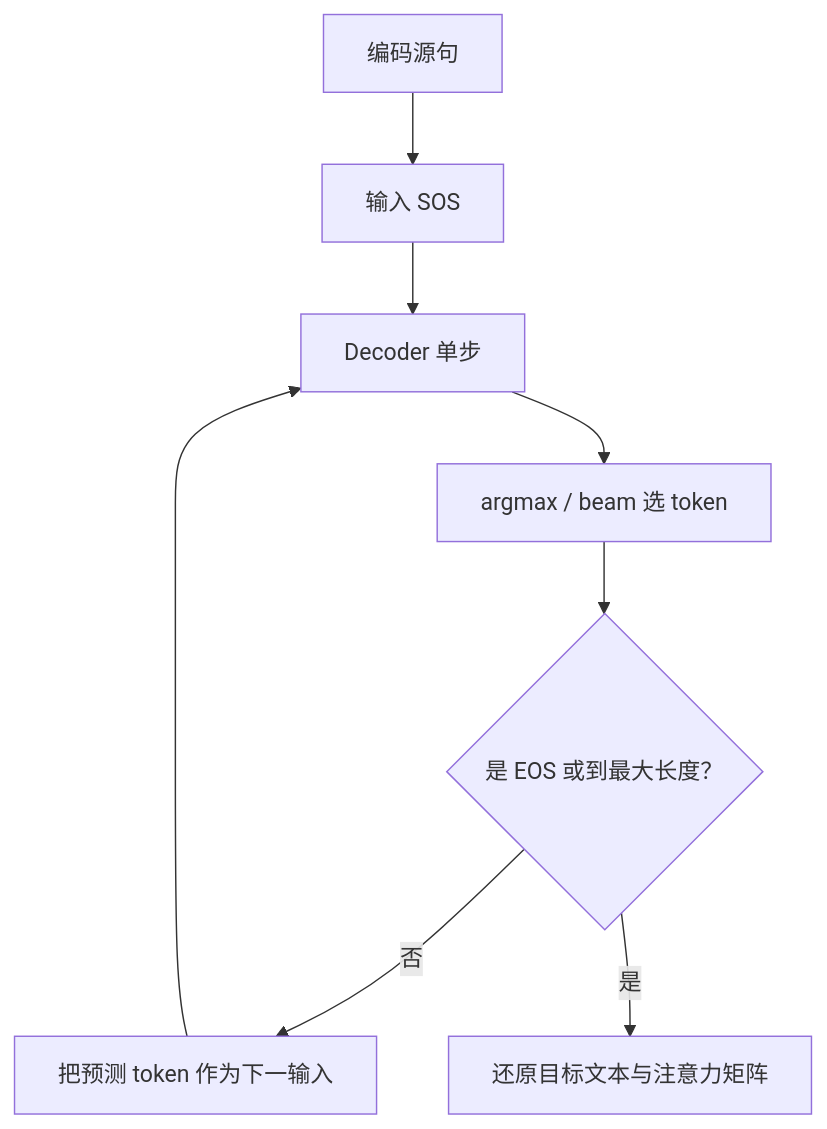
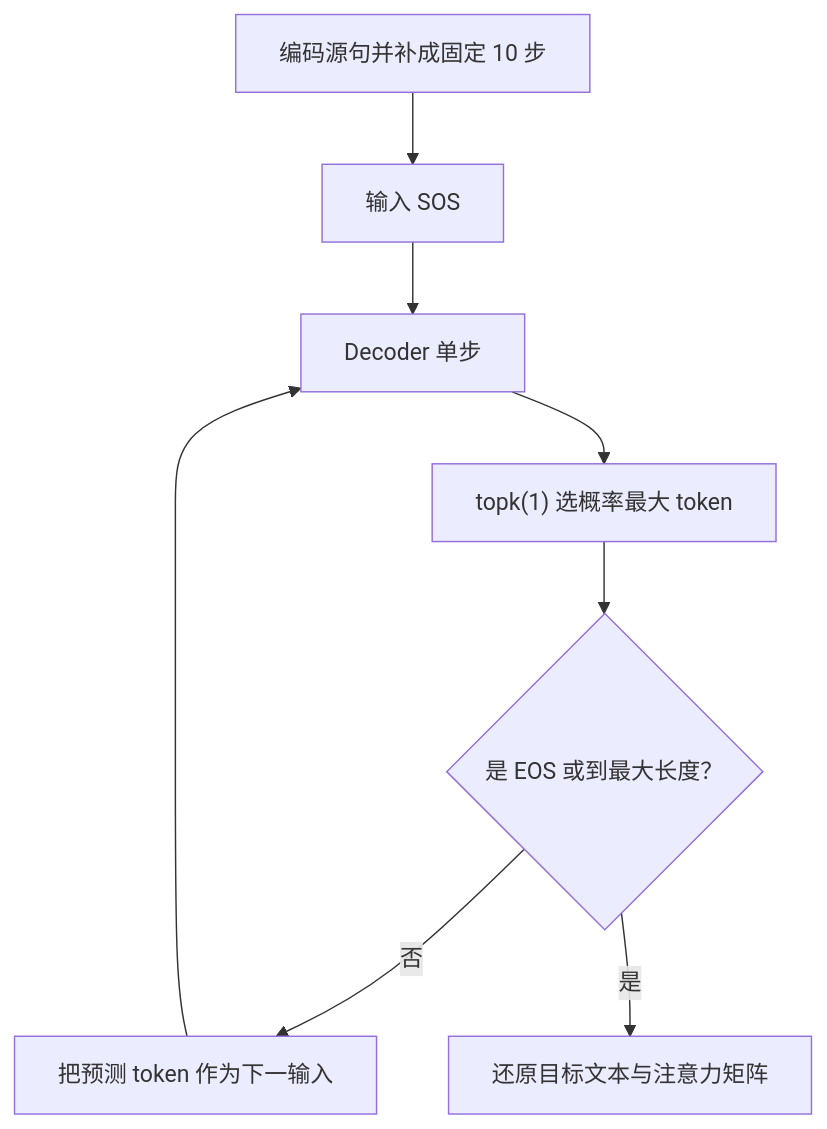
The second of 2 diagrams in notes/seq2seq-translation/25-prediction-test.md (luyunix/nlp_study), drawn with Mermaid before and after one commit. The commit also changed other lines of this file and 66 other files, not shown here.

````diff
--- a/notes/seq2seq-translation/25-prediction-test.md
+++ b/notes/seq2seq-translation/25-prediction-test.md
@@ -32,10 +32,10 @@
 ```mermaid
 flowchart TB
-    A["编码源句"] --> B["输入 SOS"]
+    A["编码源句并补成固定 10 步"] --> B["输入 SOS"]
     B --> C["Decoder 单步"]
-    C --> D["argmax / beam 选 token"]
+    C --> D["topk(1) 选概率最大 token"]
     D --> E{"是 EOS 或到最大长度？"}
     E -->|"否"| F["把预测 token 作为下一输入"]
     F --> C
     E -->|"是"| G["还原目标文本与注意力矩阵"]
 ```
````
